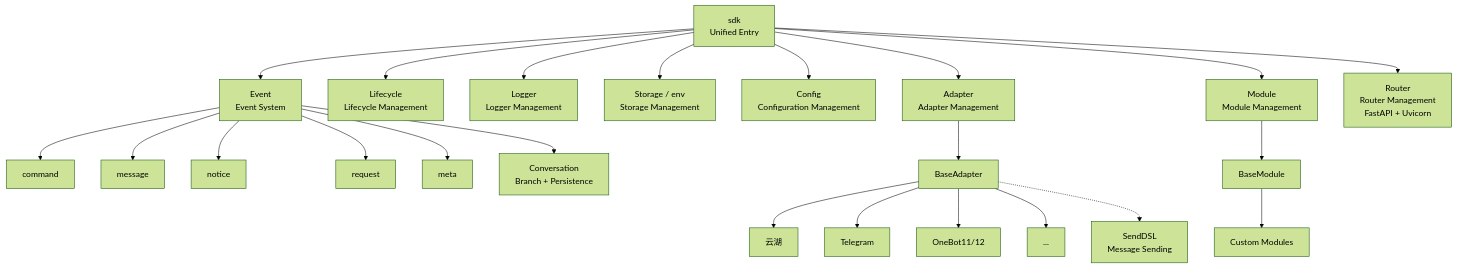
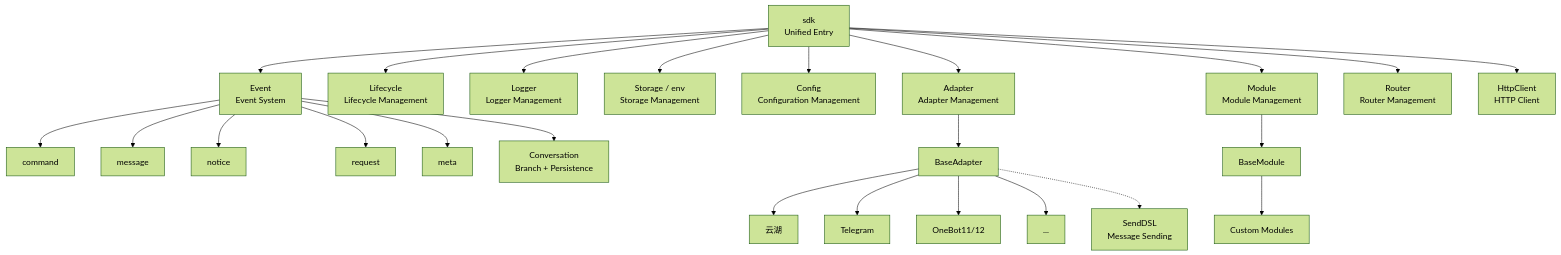
The first of 5 diagrams in docs/en/architecture.md (ErisPulse/ErisPulse), drawn with Mermaid (forest theme) before and after one commit. The commit also changed other lines of this file and 84 other files, not shown here.

````diff
--- a/docs/en/architecture.md
+++ b/docs/en/architecture.md
@@ -9,30 +9,31 @@
 ```mermaid
 graph TB
     SDK["sdk<br/>Unified Entry"]
 
     SDK --> Event["Event<br/>Event System"]
     SDK --> Lifecycle["Lifecycle<br/>Lifecycle Management"]
     SDK --> Logger["Logger<br/>Logger Management"]
     SDK --> Storage["Storage / env<br/>Storage Management"]
     SDK --> Config["Config<br/>Configuration Management"]
     SDK --> AdapterMgr["Adapter<br/>Adapter Management"]
     SDK --> ModuleMgr["Module<br/>Module Management"]
-    SDK --> Router["Router<br/>Router Management<br/>FastAPI + Uvicorn"]
+    SDK --> Router["Router<br/>Router Management"]
+    SDK --> Client["HttpClient<br/>HTTP Client"]
     Event --> Command["command"]
     Event --> Message["message"]
     Event --> Notice["notice"]
     Event --> Request["request"]
     Event --> Meta["meta"]
     Event --> Conversation["Conversation<br/>Branch + Persistence"]
 
     AdapterMgr --> BaseAdapter["BaseAdapter"]
     BaseAdapter --> P1["云湖"]
     BaseAdapter --> P2["Telegram"]
     BaseAdapter --> P3["OneBot11/12"]
     BaseAdapter --> PN["..."]
 
     ModuleMgr --> BaseModule["BaseModule"]
     BaseModule --> CM["Custom Modules"]
 
     BaseAdapter -.-> SendDSL["SendDSL<br/>Message Sending"]
 ```
````
